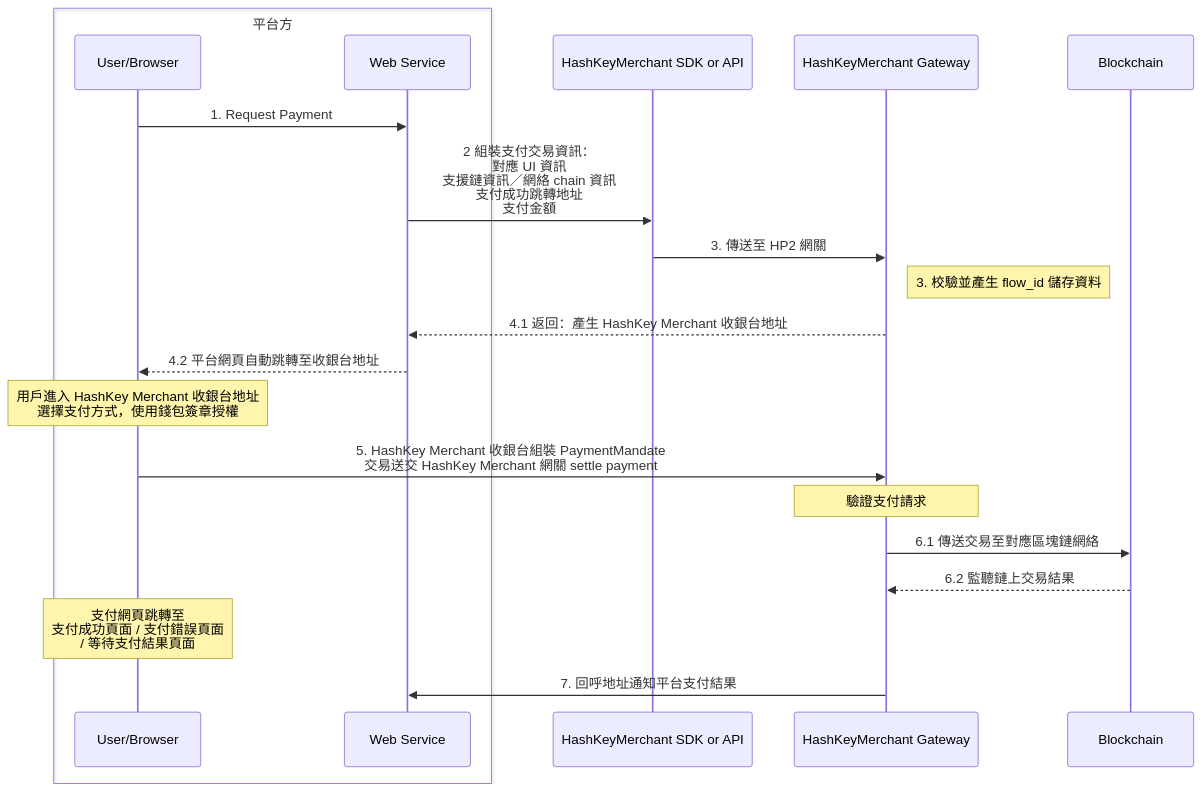
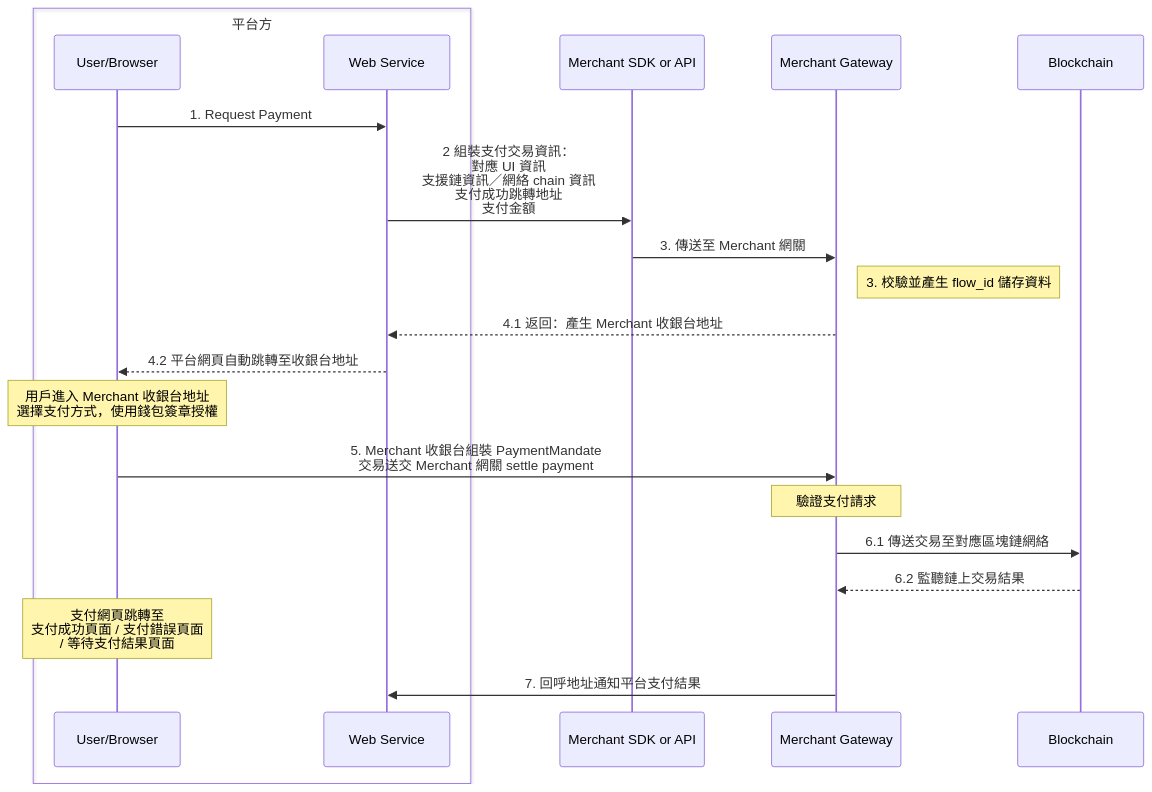
Before and after one commit to hashkey-merchant/hashkey-merchant.github.io: the second of 2 diagrams in docs/zh-HK/README.md, drawn with Mermaid. The commit also changed other lines of this file and 13 other files, not shown here.

````diff
--- a/docs/zh-HK/README.md
+++ b/docs/zh-HK/README.md
@@ -69,34 +69,34 @@
 ```mermaid
 sequenceDiagram
     box 平台方
         participant User as User/Browser
         participant Web as Web Service
     end
-    participant SDK as HashKeyMerchant SDK or API
-    participant GW as HashKeyMerchant Gateway
+    participant SDK as Merchant SDK or API
+    participant GW as Merchant Gateway
     participant BC as Blockchain
 
     User ->> Web: 1. Request Payment
 
     Web ->> SDK: 2 組裝支付交易資訊：<br/> 對應 UI 資訊<br/>支援鏈資訊／網絡 chain 資訊 <br/> 支付成功跳轉地址 <br/> 支付金額
 
-    SDK ->> GW: 3. 傳送至 HP2 網關
+    SDK ->> GW: 3. 傳送至 Merchant 網關
     Note right of GW: 3. 校驗並產生 flow_id 儲存資料
 
-    GW -->> Web: 4.1 返回：產生 HashKey Merchant 收銀台地址
+    GW -->> Web: 4.1 返回：產生 Merchant 收銀台地址
     Web -->> User: 4.2 平台網頁自動跳轉至收銀台地址
 
-    Note over User: 用戶進入 HashKey Merchant 收銀台地址<br/>選擇支付方式，使用錢包簽章授權
+    Note over User: 用戶進入 Merchant 收銀台地址<br/>選擇支付方式，使用錢包簽章授權
 
-    User ->> GW: 5. HashKey Merchant 收銀台組裝 PaymentMandate<br/>交易送交 HashKey Merchant 網關 settle payment
+    User ->> GW: 5. Merchant 收銀台組裝 PaymentMandate<br/>交易送交 Merchant 網關 settle payment
     Note over GW: 驗證支付請求
 
     GW ->> BC: 6.1 傳送交易至對應區塊鏈網絡
     BC -->> GW: 6.2 監聽鏈上交易結果
 
     Note Over User: 支付網頁跳轉至<br/>支付成功頁面 / 支付錯誤頁面<br/>/ 等待支付結果頁面
 
     GW ->> Web: 7. 回呼地址通知平台支付結果
 
    
 ```
````
